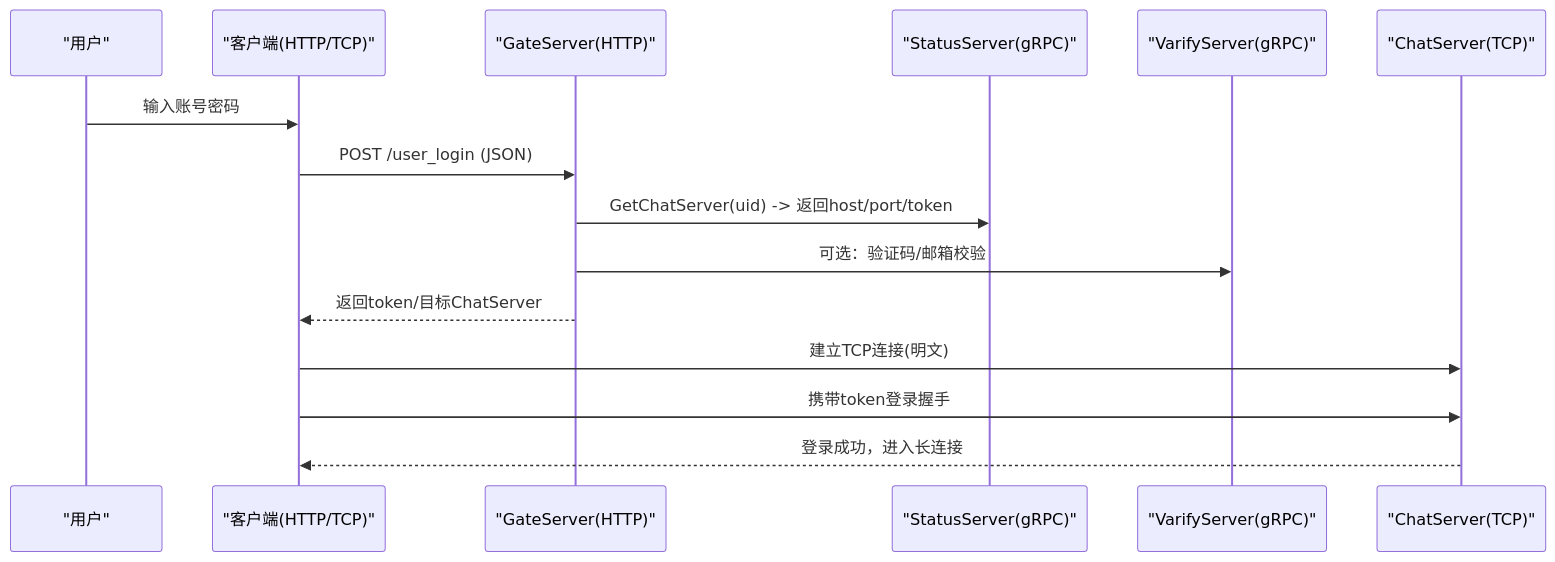
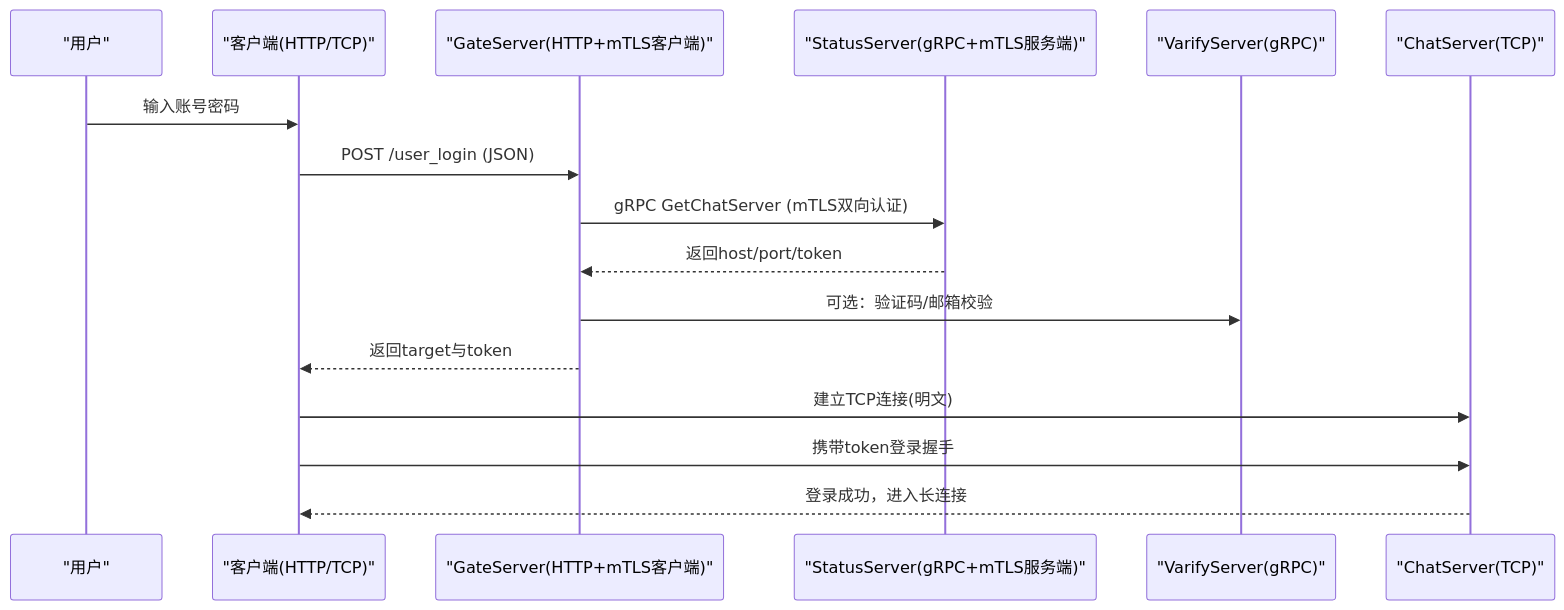
The second of 8 diagrams in .qoder/repowiki/zh/content/安全设计/数据安全保护/传输安全.md (echo9923/mychatter), drawn with Mermaid before and after one commit. The commit also changed other lines of this file and 107 other files, not shown here.

````diff
--- a/.qoder/repowiki/zh/content/安全设计/数据安全保护/传输安全.md
+++ b/.qoder/repowiki/zh/content/安全设计/数据安全保护/传输安全.md
@@ -93,17 +109,18 @@
 ```mermaid
 sequenceDiagram
 participant U as "用户"
 participant C as "客户端(HTTP/TCP)"
-participant G as "GateServer(HTTP)"
-participant S as "StatusServer(gRPC)"
+participant G as "GateServer(HTTP+mTLS客户端)"
+participant S as "StatusServer(gRPC+mTLS服务端)"
 participant V as "VarifyServer(gRPC)"
 participant CH as "ChatServer(TCP)"
 U->>C : 输入账号密码
 C->>G : POST /user_login (JSON)
-G->>S : GetChatServer(uid) -> 返回host/port/token
+G->>S : gRPC GetChatServer (mTLS双向认证)
+S-->>G : 返回host/port/token
 G->>V : 可选：验证码/邮箱校验
-G-->>C : 返回token/目标ChatServer
+G-->>C : 返回target与token
 C->>CH : 建立TCP连接(明文)
 C->>CH : 携带token登录握手
 CH-->>C : 登录成功，进入长连接
 ```
````
